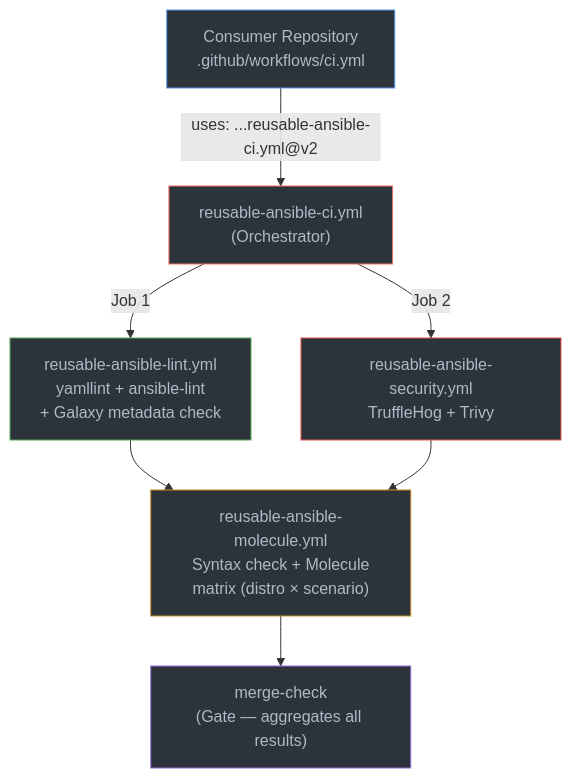
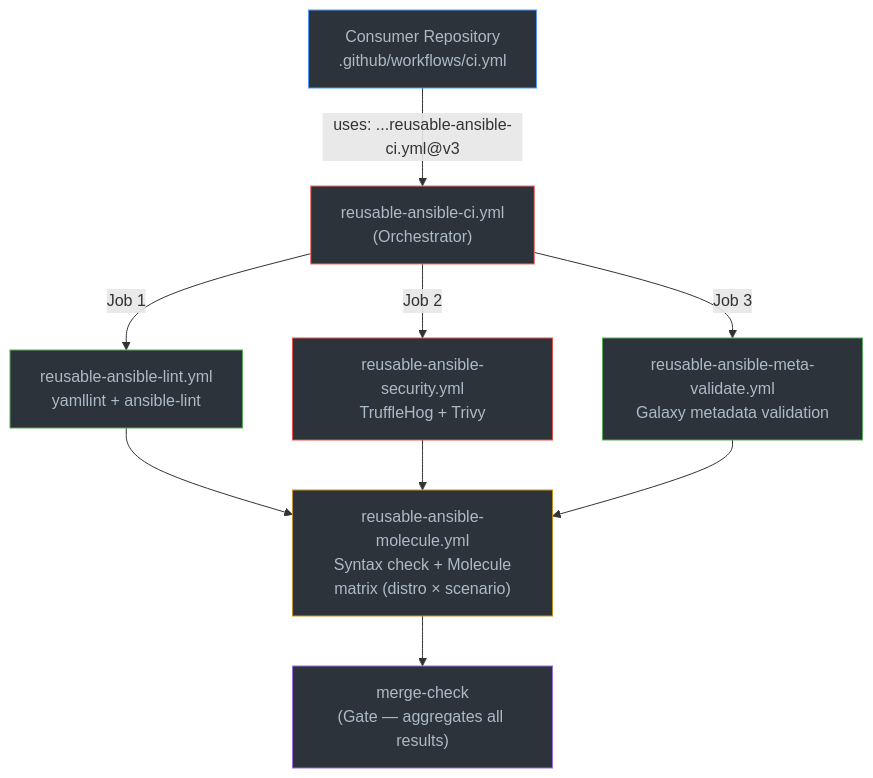
The first of 2 diagrams in README.md (grzegorzfranus/github-workflows), drawn with Mermaid before and after one commit. The commit also changed other lines of this file and 7 other files, not shown here.

Commit message:
feat(workflows)!: [#30] extract galaxy metadata validation (#31)

````diff
--- a/README.md
+++ b/README.md
@@ -26,16 +26,19 @@
 ```mermaid
 graph TD
-    A["Consumer Repository<br/>.github/workflows/ci.yml"] -->|"uses: ...reusable-ansible-ci.yml@v2"| B["reusable-ansible-ci.yml<br/>(Orchestrator)"]
-    B -->|"Job 1"| C["reusable-ansible-lint.yml<br/>yamllint + ansible-lint<br/>+ Galaxy metadata check"]
+    A["Consumer Repository<br/>.github/workflows/ci.yml"] -->|"uses: ...reusable-ansible-ci.yml@v3"| B["reusable-ansible-ci.yml<br/>(Orchestrator)"]
+    B -->|"Job 1"| C["reusable-ansible-lint.yml<br/>yamllint + ansible-lint"]
     B -->|"Job 2"| D["reusable-ansible-security.yml<br/>TruffleHog + Trivy"]
+    B -->|"Job 3"| G["reusable-ansible-meta-validate.yml<br/>Galaxy metadata validation"]
     C --> E["reusable-ansible-molecule.yml<br/>Syntax check + Molecule<br/>matrix (distro × scenario)"]
     D --> E
+    G --> E
     E --> F["merge-check<br/>(Gate — aggregates all results)"]
 
     style A fill:#2d333b,stroke:#539bf5,color:#adbac7
     style B fill:#2d333b,stroke:#f47067,color:#adbac7
     style C fill:#2d333b,stroke:#57ab5a,color:#adbac7
     style D fill:#2d333b,stroke:#e5534b,color:#adbac7
     style E fill:#2d333b,stroke:#c69026,color:#adbac7
     style F fill:#2d333b,stroke:#986ee2,color:#adbac7
+    style G fill:#2d333b,stroke:#57ab5a,color:#adbac7
 ```
````
